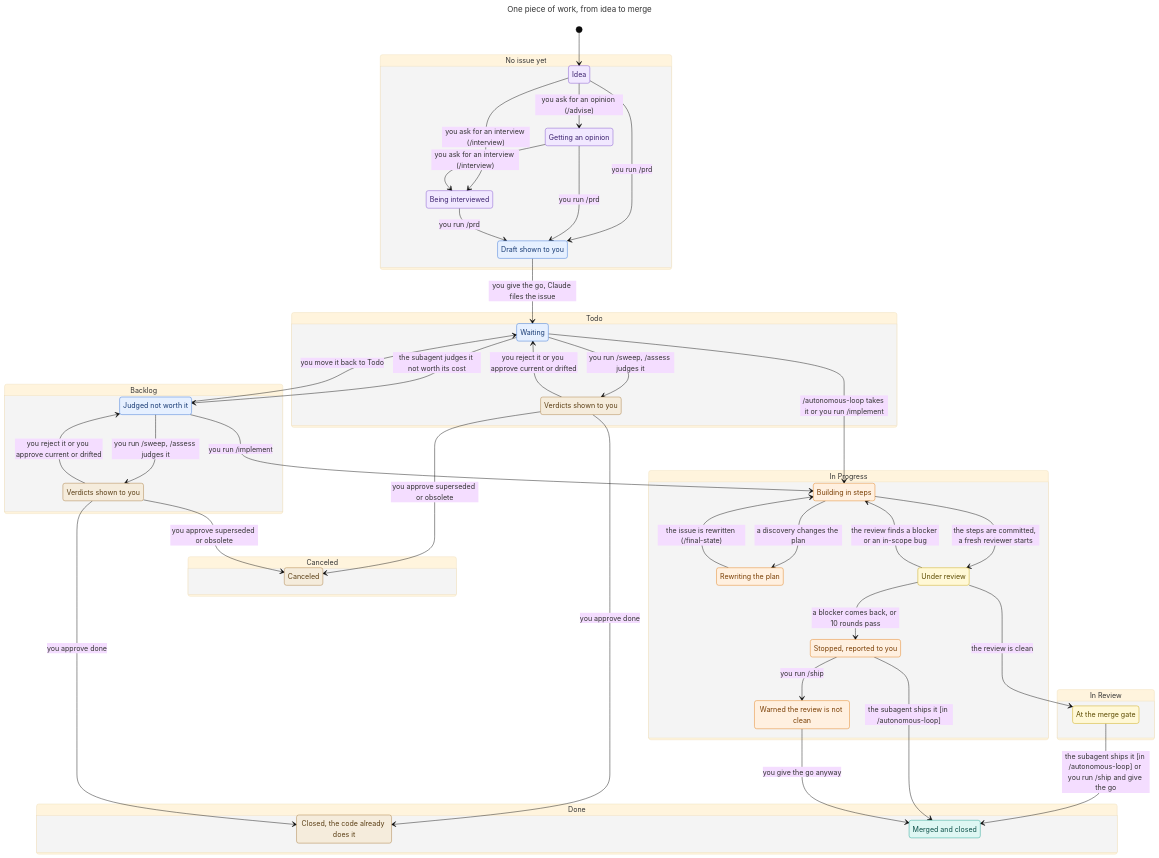
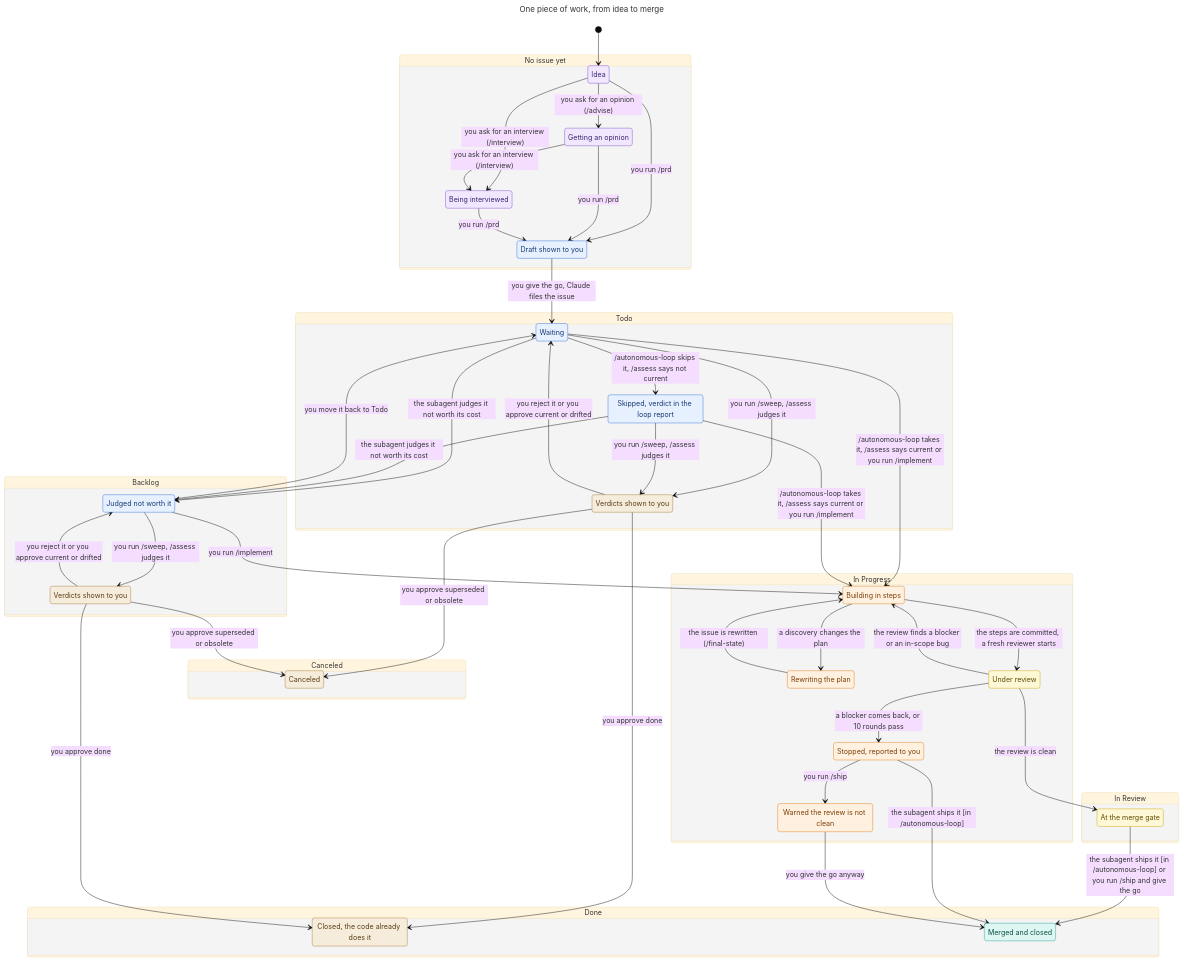
One commit to felipeam86/pipe-skills changed the diagram in README.md. Above: the diagram before and after it, drawn with Mermaid (base theme). The commit also changed other lines of this file and 4 other files, not shown here.

First line of the commit message:
GH-5: Hook assess into autonomous-loop

````diff
--- a/README.md
+++ b/README.md
@@ -56,28 +56,29 @@
   }
   state "Todo" as s5 {
     s6: Waiting
-    s7: Verdicts shown to you
+    s7: Skipped, verdict in the loop report
+    s8: Verdicts shown to you
   }
-  state "In Progress" as s8 {
-    s9: Building in steps
-    s10: Rewriting the plan
-    s11: Under review
-    s12: Stopped, reported to you
-    s13: Warned the review is not clean
+  state "In Progress" as s9 {
+    s10: Building in steps
+    s11: Rewriting the plan
+    s12: Under review
+    s13: Stopped, reported to you
+    s14: Warned the review is not clean
   }
-  state "Backlog" as s14 {
-    s15: Judged not worth it
-    s16: Verdicts shown to you
+  state "Backlog" as s15 {
+    s16: Judged not worth it
+    s17: Verdicts shown to you
   }
-  state "Canceled" as s17 {
-    s18: Canceled
+  state "Canceled" as s18 {
+    s19: Canceled
   }
-  state "Done" as s19 {
-    s20: Closed, the code already does it
-    s21: Merged and closed
+  state "Done" as s20 {
+    s21: Closed, the code already does it
+    s22: Merged and closed
   }
-  state "In Review" as s22 {
-    s23: At the merge gate
+  state "In Review" as s23 {
+    s24: At the merge gate
   }
   [*] --> s1
   s1 --> s2: you ask for an opinion (/advise)
@@ -87,28 +88,32 @@
   s2 --> s4: you ask for an interview (/interview)
   s3 --> s6: you give the go, Claude files the issue
   s4 --> s3: you run /prd
-  s6 --> s9: /autonomous-loop takes it or you run /implement
-  s6 --> s15: the subagent judges it not worth its cost
-  s6 --> s7: you run /sweep, /assess judges it
-  s9 --> s10: a discovery changes the plan
-  s9 --> s11: the steps are committed, a fresh reviewer starts
-  s15 --> s6: you move it back to Todo
-  s15 --> s9: you run /implement
-  s15 --> s16: you run /sweep, /assess judges it
-  s7 --> s6: you reject it or you approve current or drifted
-  s7 --> s18: you approve superseded or obsolete
-  s7 --> s20: you approve done
-  s10 --> s9: the issue is rewritten (/final-state)
-  s11 --> s9: the review finds a blocker or an in-scope bug
-  s11 --> s23: the review is clean
-  s11 --> s12: a blocker comes back, or 10 rounds pass
-  s16 --> s15: you reject it or you approve current or drifted
-  s16 --> s18: you approve superseded or obsolete
-  s16 --> s20: you approve done
-  s23 --> s21: the subagent ships it [in /autonomous-loop] or you run /ship and give the go
-  s12 --> s21: the subagent ships it [in /autonomous-loop]
-  s12 --> s13: you run /ship
-  s13 --> s21: you give the go anyway
+  s6 --> s10: /autonomous-loop takes it, /assess says current or you run /implement
+  s6 --> s16: the subagent judges it not worth its cost
+  s6 --> s7: /autonomous-loop skips it, /assess says not current
+  s6 --> s8: you run /sweep, /assess judges it
+  s10 --> s11: a discovery changes the plan
+  s10 --> s12: the steps are committed, a fresh reviewer starts
+  s16 --> s6: you move it back to Todo
+  s16 --> s10: you run /implement
+  s16 --> s17: you run /sweep, /assess judges it
+  s7 --> s10: /autonomous-loop takes it, /assess says current or you run /implement
+  s7 --> s16: the subagent judges it not worth its cost
+  s7 --> s8: you run /sweep, /assess judges it
+  s8 --> s6: you reject it or you approve current or drifted
+  s8 --> s19: you approve superseded or obsolete
+  s8 --> s21: you approve done
+  s11 --> s10: the issue is rewritten (/final-state)
+  s12 --> s10: the review finds a blocker or an in-scope bug
+  s12 --> s24: the review is clean
+  s12 --> s13: a blocker comes back, or 10 rounds pass
+  s17 --> s16: you reject it or you approve current or drifted
+  s17 --> s19: you approve superseded or obsolete
+  s17 --> s21: you approve done
+  s24 --> s22: the subagent ships it [in /autonomous-loop] or you run /ship and give the go
+  s13 --> s22: the subagent ships it [in /autonomous-loop]
+  s13 --> s14: you run /ship
+  s14 --> s22: you give the go anyway
   classDef purple fill:#f1e8ff,stroke:#7c4dcc,color:#3d2370
   classDef blue fill:#e6f0ff,stroke:#2f6fd6,color:#173a73
   classDef orange fill:#fff0e0,stroke:#e07a10,color:#7a3f05
@@ -120,16 +125,17 @@
   class s3 blue
   class s4 purple
   class s6 blue
-  class s7 tan
-  class s9 orange
+  class s7 blue
+  class s8 tan
   class s10 orange
-  class s11 yellow
-  class s12 orange
+  class s11 orange
+  class s12 yellow
   class s13 orange
-  class s15 blue
-  class s16 tan
-  class s18 tan
-  class s20 tan
-  class s21 teal
-  class s23 yellow
+  class s14 orange
+  class s16 blue
+  class s17 tan
+  class s19 tan
+  class s21 tan
+  class s22 teal
+  class s24 yellow
 ```
````
